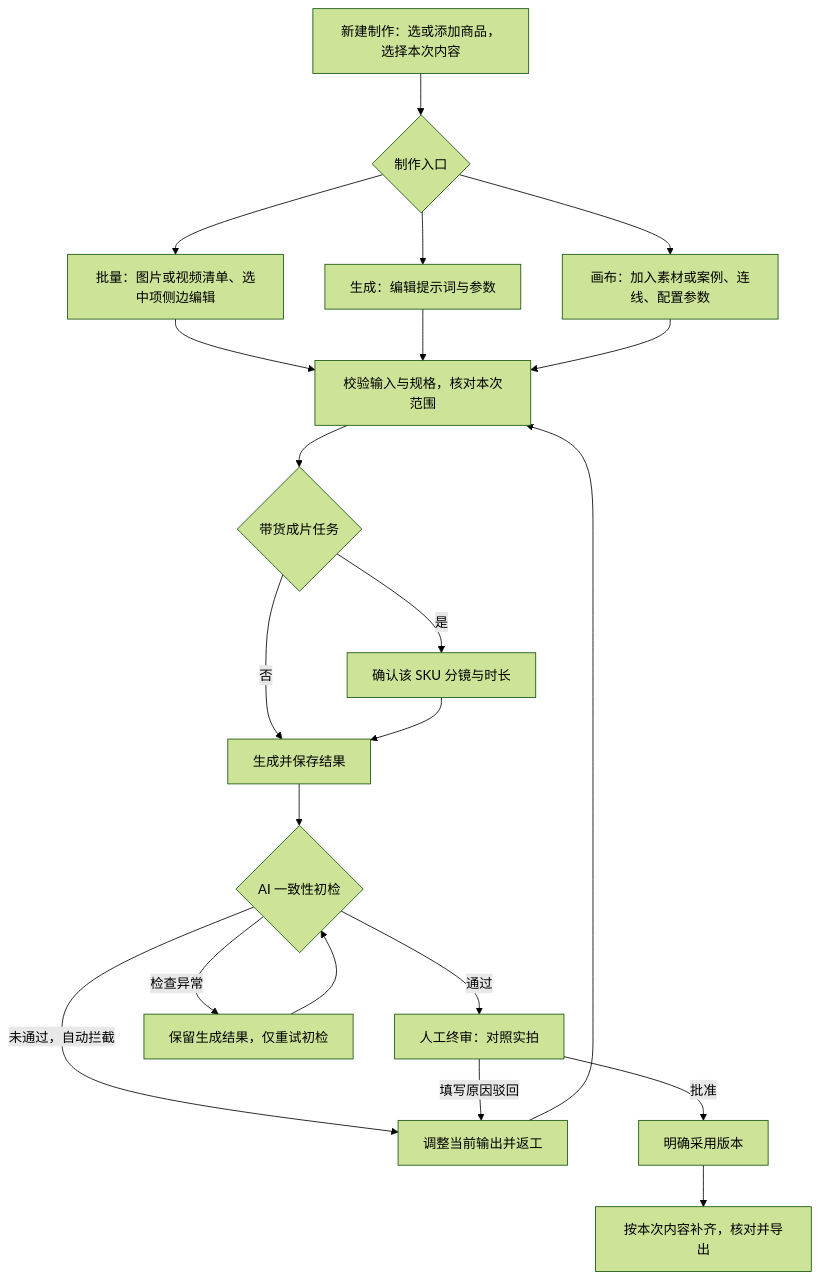
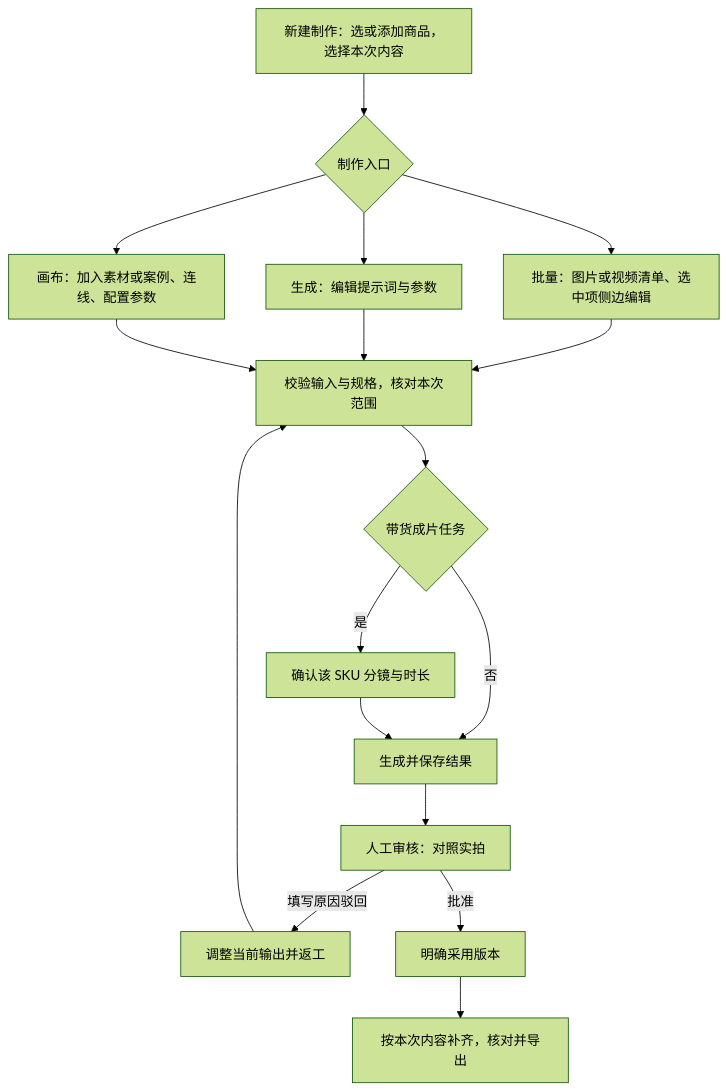
Before and after one commit to lulongfei915/ai-commerce-content-studio: the diagram in docs/需求/01-产品需求文档-PRD.md, drawn with Mermaid (forest theme). The commit also changed other lines of this file and 71 other files, not shown here.

First line of the commit message:
[M1-06～09] 接通主图生成、人工审核与交付闭环

````diff
--- a/docs/需求/01-产品需求文档-PRD.md
+++ b/docs/需求/01-产品需求文档-PRD.md
@@ -82,23 +82,19 @@
 ```mermaid
 flowchart TD
     A[新建制作：选或添加商品，选择本次内容] --> B{制作入口}
     B --> C[生成：编辑提示词与参数]
     B --> L[批量：图片或视频清单、选中项侧边编辑]
     L --> E
     B --> D[画布：加入素材或案例、连线、配置参数]
     C --> E[校验输入与规格，核对本次范围]
     D --> E
     E --> V{带货成片任务}
     V -->|是| W[确认该 SKU 分镜与时长]
     V -->|否| G[生成并保存结果]
     W --> G
-    G --> H{AI 一致性初检}
-    H -->|通过| I[人工终审：对照实拍]
-    H -->|未通过，自动拦截| R
-    H -->|检查异常| X[保留生成结果，仅重试初检]
-    X --> H
+    G --> I[人工审核：对照实拍]
     I -->|填写原因驳回| R[调整当前输出并返工]
     R --> E
     I -->|批准| J[明确采用版本]
     J --> K[按本次内容补齐，核对并导出]
 ```
````
